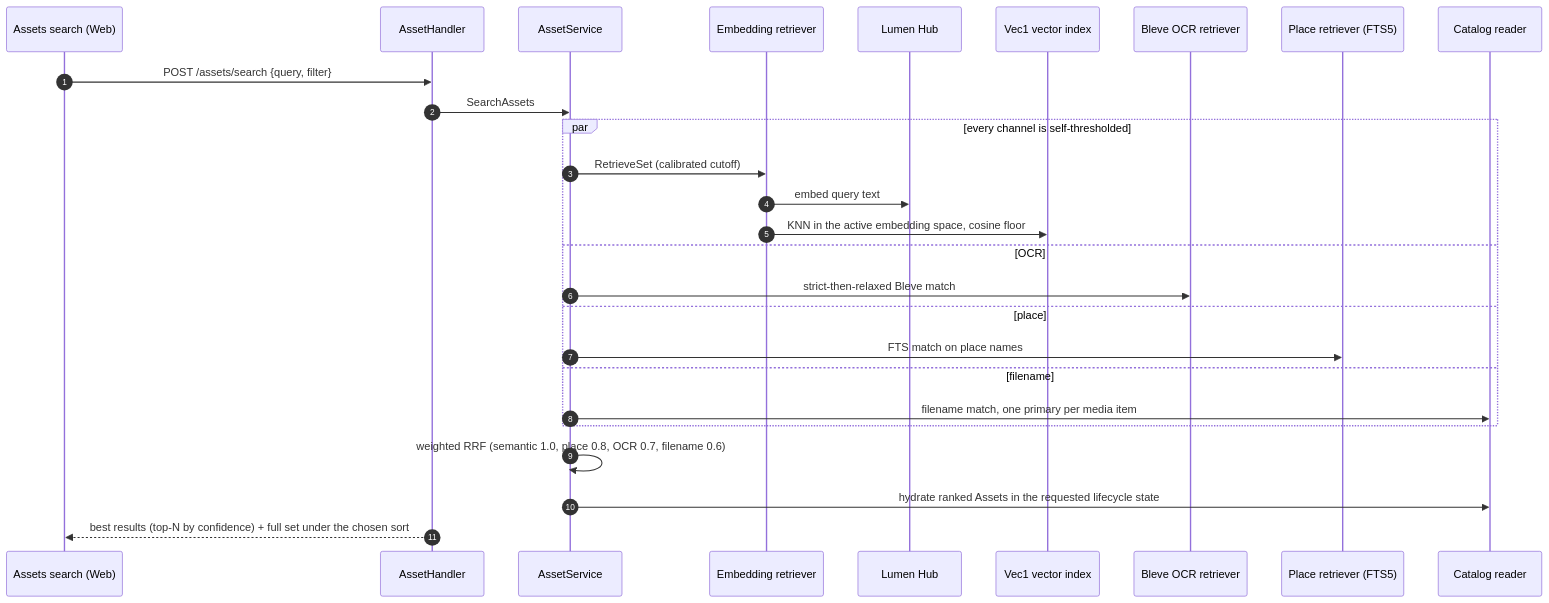
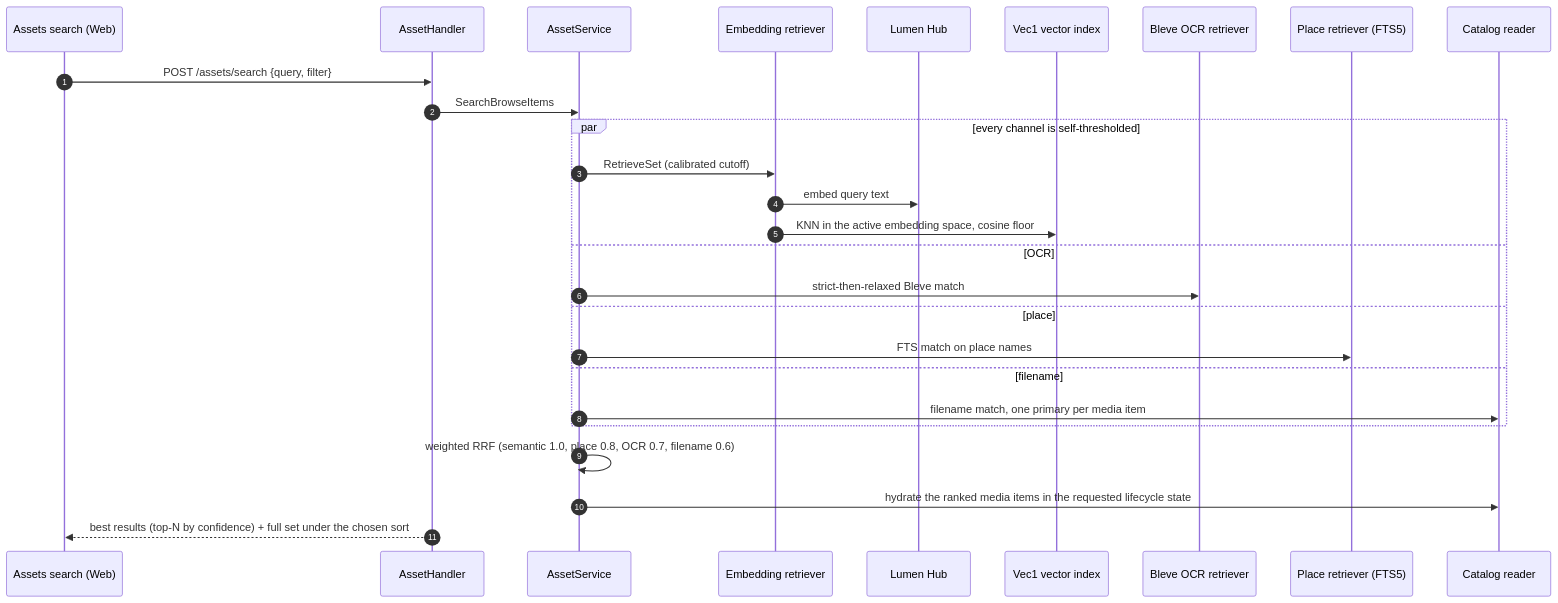
Before and after one commit to EdwinZhanCN/Lumilio-Photos: the diagram in docs/atlas/generated/sequence/library-search.md, drawn with Mermaid. The commit also changed other lines of this file and 58 other files, not shown here.

````diff
--- a/docs/atlas/generated/sequence/library-search.md
+++ b/docs/atlas/generated/sequence/library-search.md
@@ -9,29 +9,29 @@
 ```mermaid
 sequenceDiagram
     autonumber
     participant n_web as Assets search (Web)
     participant n_handler as AssetHandler
     participant n_service as AssetService
     participant n_semantic as Embedding retriever
     participant n_lumen as Lumen Hub
     participant n_vec as Vec1 vector index
     participant n_ocr as Bleve OCR retriever
     participant n_place as Place retriever (FTS5)
     participant n_catalog as Catalog reader
     n_web->>n_handler: POST /assets/search {query, filter}
-    n_handler->>n_service: SearchAssets
+    n_handler->>n_service: SearchBrowseItems
     par every channel is self-thresholded
         n_service->>n_semantic: RetrieveSet (calibrated cutoff)
         n_semantic->>n_lumen: embed query text
         n_semantic->>n_vec: KNN in the active embedding space, cosine floor
     and OCR
         n_service->>n_ocr: strict-then-relaxed Bleve match
     and place
         n_service->>n_place: FTS match on place names
     and filename
         n_service->>n_catalog: filename match, one primary per media item
     end
     n_service->>n_service: weighted RRF (semantic 1.0, place 0.8, OCR 0.7, filename 0.6)
-    n_service->>n_catalog: hydrate ranked Assets in the requested lifecycle state
+    n_service->>n_catalog: hydrate the ranked media items in the requested lifecycle state
     n_handler-->>n_web: best results (top-N by confidence) + full set under the chosen sort
 ```
````
